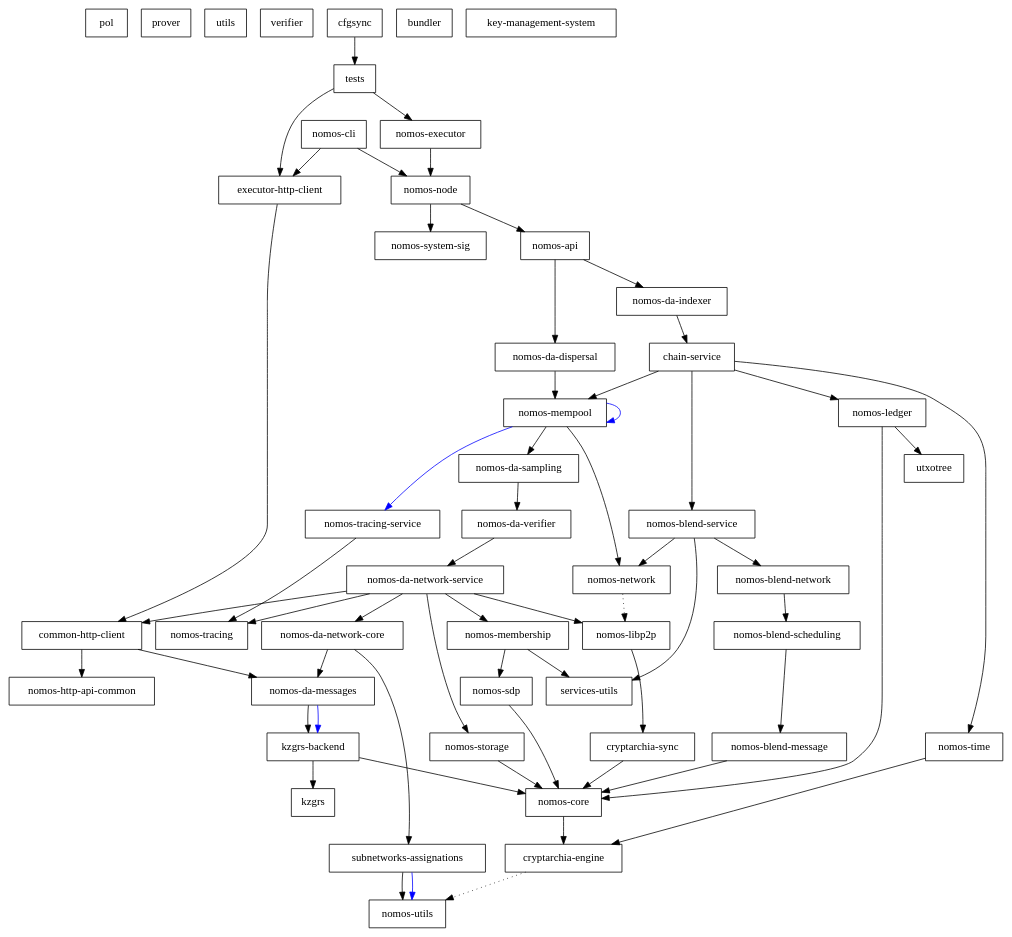
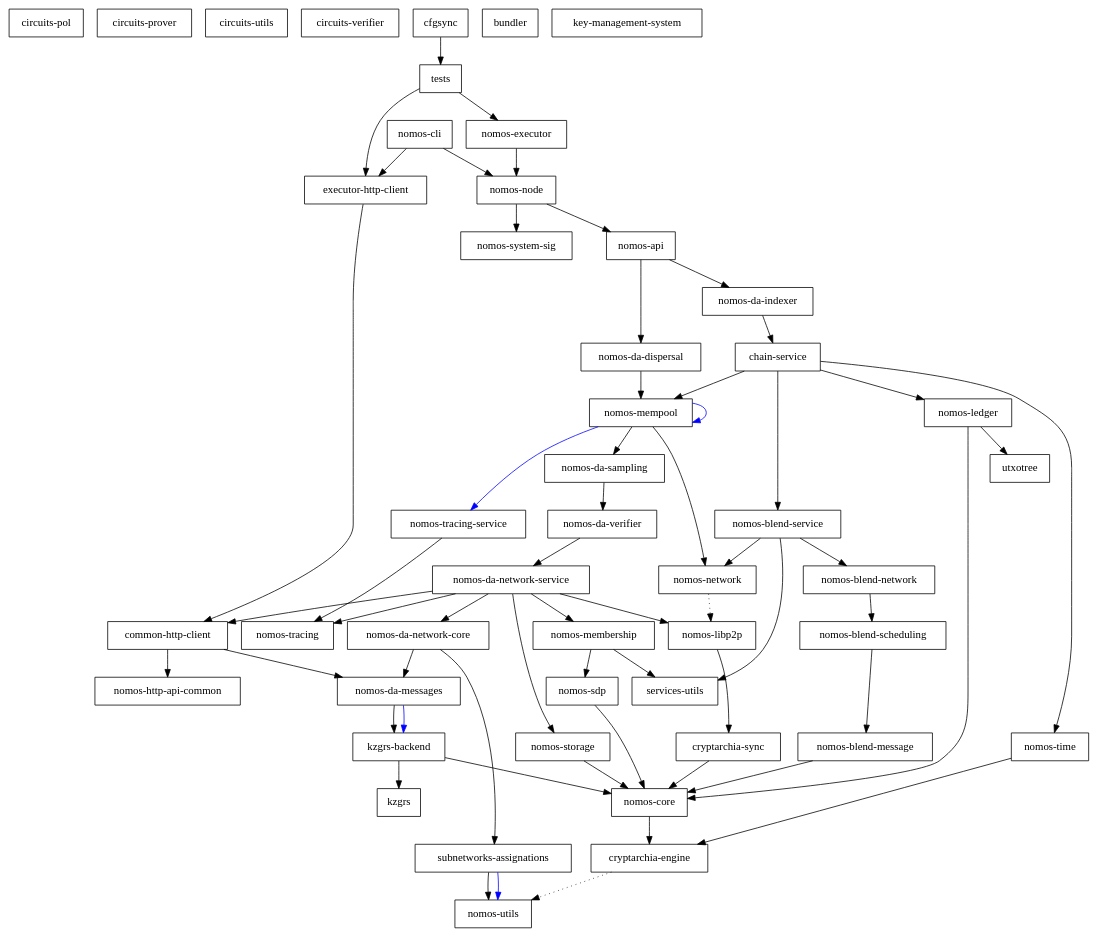
Before and after one commit to logos-co/nomos: the diagram in dependencies_graph.dot, drawn with Graphviz. The commit also changed 4 other files, not shown here.

```diff
--- a/dependencies_graph.dot
+++ b/dependencies_graph.dot
@@ -1,107 +1,107 @@
 digraph {
-    0 [ label = "pol" shape = box]
-    1 [ label = "prover" shape = box]
-    2 [ label = "utils" shape = box]
-    3 [ label = "verifier" shape = box]
+    0 [ label = "circuits-pol" shape = box]
+    1 [ label = "circuits-prover" shape = box]
+    2 [ label = "circuits-utils" shape = box]
+    3 [ label = "circuits-verifier" shape = box]
     4 [ label = "cryptarchia-engine" shape = box]
     5 [ label = "nomos-utils" shape = box]
     6 [ label = "cryptarchia-sync" shape = box]
     7 [ label = "nomos-core" shape = box]
     8 [ label = "nomos-ledger" shape = box]
     9 [ label = "utxotree" shape = box]
     10 [ label = "nomos-http-api-common" shape = box]
     11 [ label = "nomos-executor" shape = box]
     12 [ label = "kzgrs-backend" shape = box]
     13 [ label = "kzgrs" shape = box]
     14 [ label = "nomos-api" shape = box]
     15 [ label = "chain-service" shape = box]
     16 [ label = "nomos-blend-service" shape = box]
     17 [ label = "nomos-blend-message" shape = box]
     18 [ label = "nomos-blend-network" shape = box]
     19 [ label = "nomos-blend-scheduling" shape = box]
     20 [ label = "nomos-libp2p" shape = box]
     21 [ label = "nomos-network" shape = box]
     22 [ label = "services-utils" shape = box]
     23 [ label = "nomos-da-sampling" shape = box]
     24 [ label = "nomos-da-network-core" shape = box]
     25 [ label = "nomos-da-messages" shape = box]
     26 [ label = "subnetworks-assignations" shape = box]
     27 [ label = "nomos-da-network-service" shape = box]
     28 [ label = "common-http-client" shape = box]
     29 [ label = "nomos-membership" shape = box]
     30 [ label = "nomos-sdp" shape = box]
     31 [ label = "nomos-storage" shape = box]
     32 [ label = "nomos-tracing" shape = box]
     33 [ label = "nomos-da-verifier" shape = box]
     34 [ label = "nomos-mempool" shape = box]
     35 [ label = "nomos-tracing-service" shape = box]
     36 [ label = "nomos-time" shape = box]
     37 [ label = "nomos-da-dispersal" shape = box]
     38 [ label = "nomos-da-indexer" shape = box]
     39 [ label = "nomos-node" shape = box]
     40 [ label = "nomos-system-sig" shape = box]
     41 [ label = "executor-http-client" shape = box]
     42 [ label = "bundler" shape = box]
     43 [ label = "nomos-cli" shape = box]
     44 [ label = "key-management-system" shape = box]
     45 [ label = "cfgsync" shape = box]
     46 [ label = "tests" shape = box]
     4 -> 5 [ style = dotted]
     6 -> 7 [ ]
     7 -> 4 [ ]
     8 -> 7 [ ]
     8 -> 9 [ ]
     11 -> 39 [ ]
     12 -> 13 [ ]
     12 -> 7 [ ]
     14 -> 37 [ ]
     14 -> 38 [ ]
     15 -> 16 [ ]
     15 -> 8 [ ]
     15 -> 34 [ ]
     15 -> 36 [ ]
     16 -> 18 [ ]
     16 -> 21 [ ]
     16 -> 22 [ ]
     17 -> 7 [ ]
     18 -> 19 [ ]
     19 -> 17 [ ]
     20 -> 6 [ ]
     21 -> 20 [ style = dotted]
     23 -> 33 [ ]
     24 -> 25 [ ]
     24 -> 26 [ ]
     25 -> 12 [ ]
     25 -> 12 [ color = blue]
     26 -> 5 [ ]
     26 -> 5 [ color = blue]
     27 -> 28 [ ]
     27 -> 24 [ ]
     27 -> 20 [ ]
     27 -> 29 [ ]
     27 -> 31 [ ]
     27 -> 32 [ ]
     28 -> 25 [ ]
     28 -> 10 [ ]
     29 -> 30 [ ]
     29 -> 22 [ ]
     30 -> 7 [ ]
     31 -> 7 [ ]
     33 -> 27 [ ]
     34 -> 23 [ ]
     34 -> 34 [ color = blue]
     34 -> 21 [ ]
     34 -> 35 [ color = blue]
     35 -> 32 [ ]
     36 -> 4 [ ]
     37 -> 34 [ ]
     38 -> 15 [ ]
     39 -> 14 [ ]
     39 -> 40 [ ]
     41 -> 28 [ ]
     43 -> 41 [ ]
     43 -> 39 [ ]
     45 -> 46 [ ]
     46 -> 41 [ ]
     46 -> 11 [ ]
 }
```
